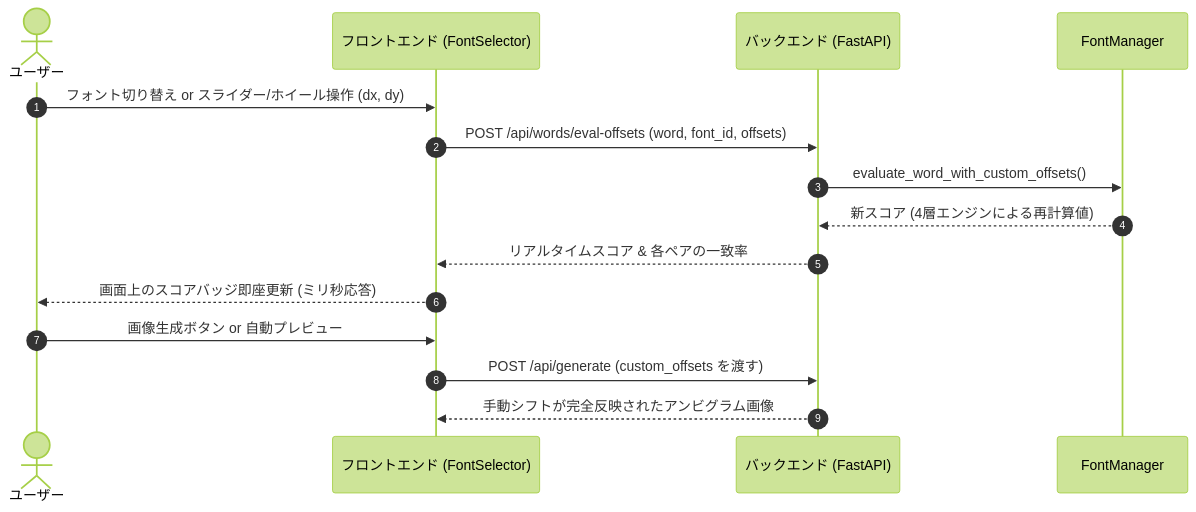
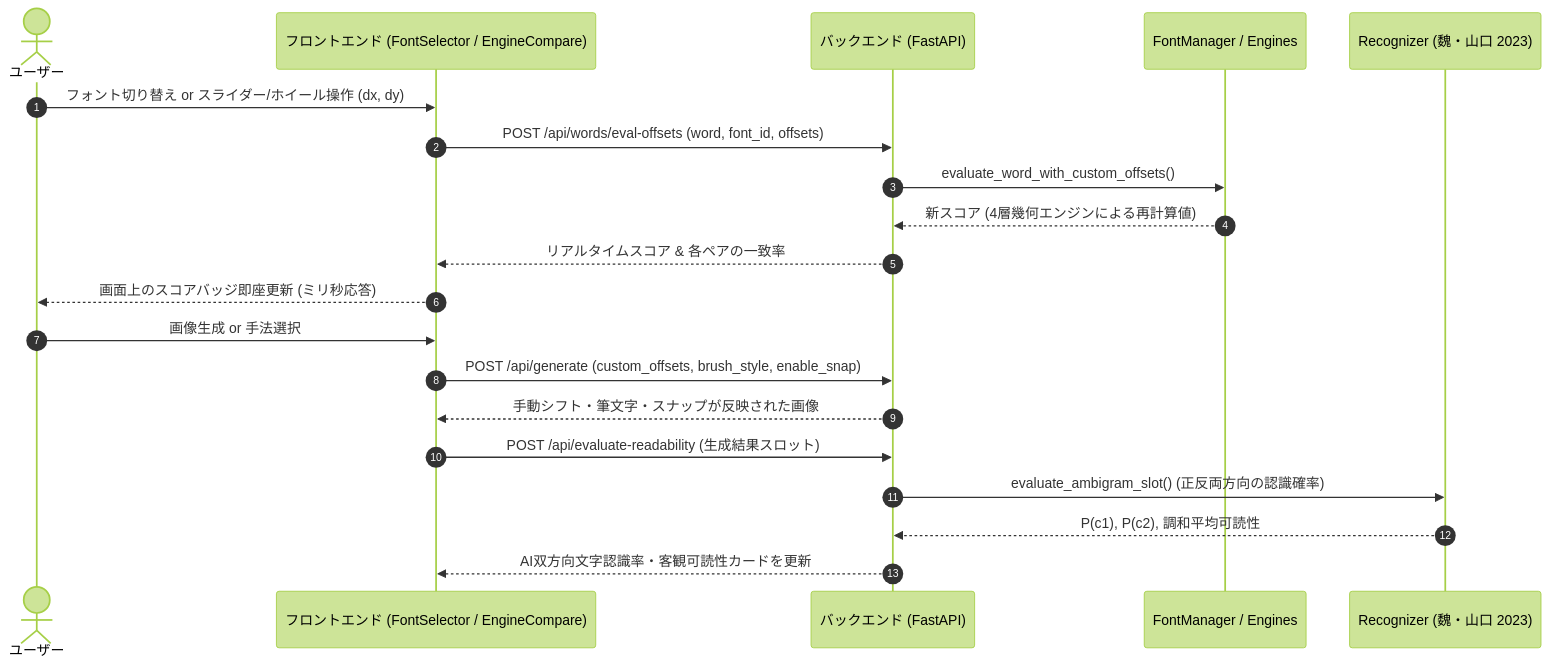
The second of 2 diagrams in docs/OPTIMIZATION_PIPELINE.md (v76nl/ambigram-maker), drawn with Mermaid (forest theme) before and after one commit. The commit also changed other lines of this file and 2 other files, not shown here.

````diff
--- a/docs/OPTIMIZATION_PIPELINE.md
+++ b/docs/OPTIMIZATION_PIPELINE.md
@@ -145,19 +154,24 @@
 ```mermaid
 sequenceDiagram
     autonumber
     actor User as ユーザー
-    participant UI as フロントエンド (FontSelector)
+    participant UI as フロントエンド (FontSelector / EngineCompare)
     participant API as バックエンド (FastAPI)
-    participant FM as FontManager
+    participant FM as FontManager / Engines
+    participant REC as Recognizer (魏・山口 2023)
 
     User->>UI: フォント切り替え or スライダー/ホイール操作 (dx, dy)
     UI->>API: POST /api/words/eval-offsets (word, font_id, offsets)
     API->>FM: evaluate_word_with_custom_offsets()
-    FM-->>API: 新スコア (4層エンジンによる再計算値)
+    FM-->>API: 新スコア (4層幾何エンジンによる再計算値)
     API-->>UI: リアルタイムスコア & 各ペアの一致率
     UI-->>User: 画面上のスコアバッジ即座更新 (ミリ秒応答)
     
-    User->>UI: 画像生成ボタン or 自動プレビュー
-    UI->>API: POST /api/generate (custom_offsets を渡す)
-    API-->>UI: 手動シフトが完全反映されたアンビグラム画像
+    User->>UI: 画像生成 or 手法選択
+    UI->>API: POST /api/generate (custom_offsets, brush_style, enable_snap)
+    API-->>UI: 手動シフト・筆文字・スナップが反映された画像
+    UI->>API: POST /api/evaluate-readability (生成結果スロット)
+    API->>REC: evaluate_ambigram_slot() (正反両方向の認識確率)
+    REC-->>API: P(c1), P(c2), 調和平均可読性
+    API-->>UI: AI双方向文字認識率・客観可読性カードを更新
 ```
````
